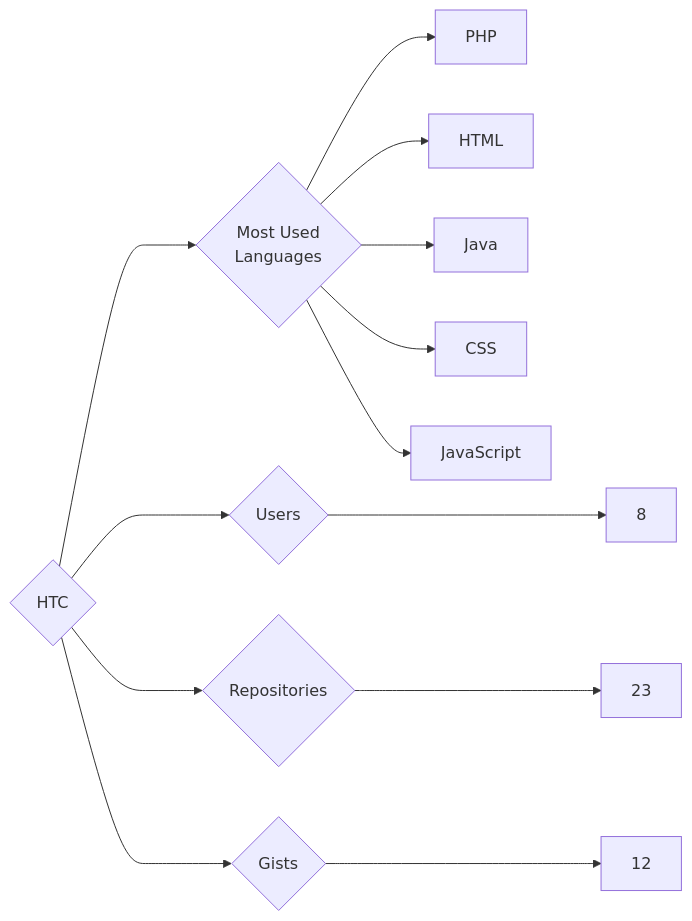
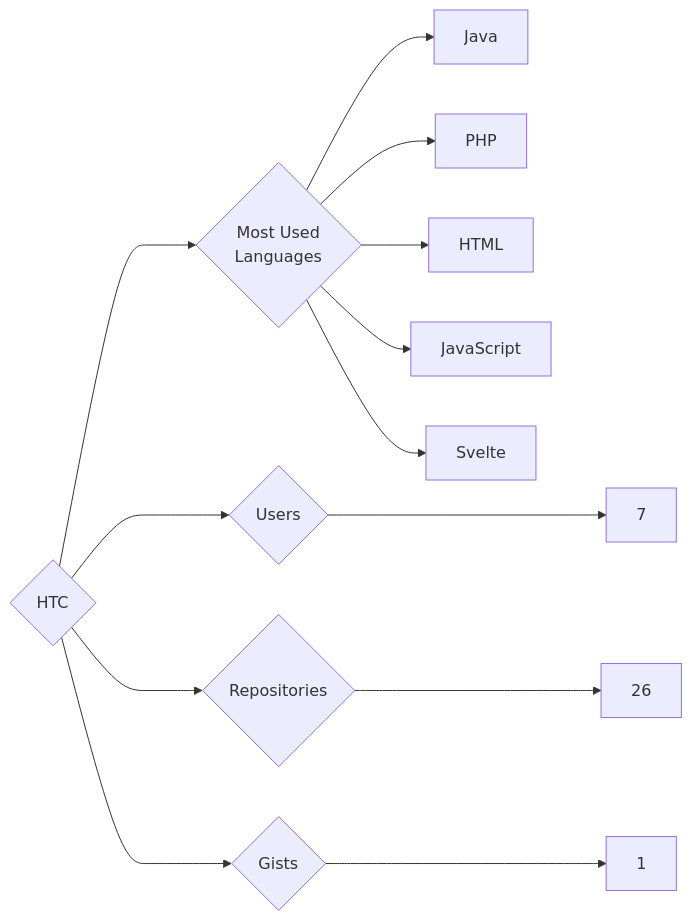
Before and after one commit to trickest/insiders: the diagram in targets/HTC/README.md, drawn with Mermaid. The commit also changed 880 other files, not shown here.

````diff
--- a/targets/HTC/README.md
+++ b/targets/HTC/README.md
@@ -3,13 +3,13 @@
 ```mermaid
 graph LR
 COMPANY_NAME{HTC}
-COMPANY_NAME ---> U{Users} ---> UN[8]
-COMPANY_NAME ---> R{Repositories} ---> RN[23]
-COMPANY_NAME ---> G{Gists} ---> GN[12]
+COMPANY_NAME ---> U{Users} ---> UN[7]
+COMPANY_NAME ---> R{Repositories} ---> RN[26]
+COMPANY_NAME ---> G{Gists} ---> GN[1]
 COMPANY_NAME ---> ML{Most Used<br>Languages}
+ML --> Java[Java]
 ML --> PHP[PHP]
 ML --> HTML[HTML]
-ML --> Java[Java]
-ML --> CSS[CSS]
 ML --> JavaScript[JavaScript]
+ML --> Svelte[Svelte]
 ```
````
